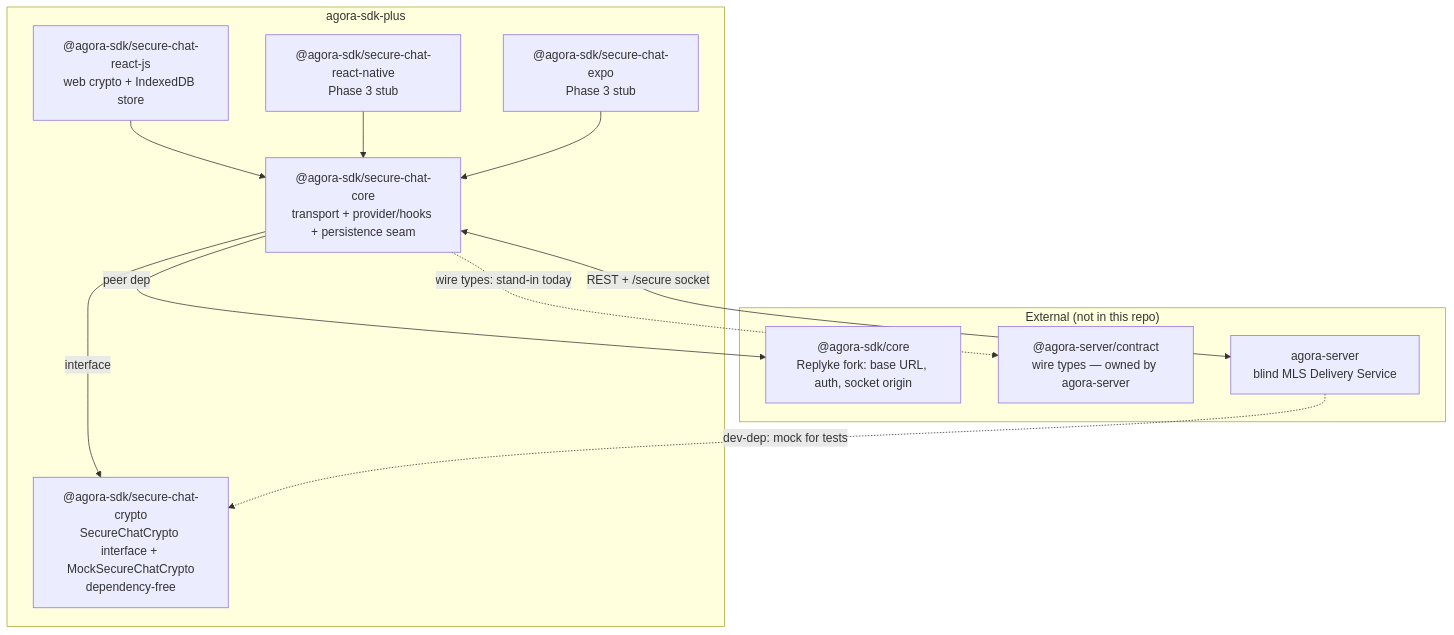
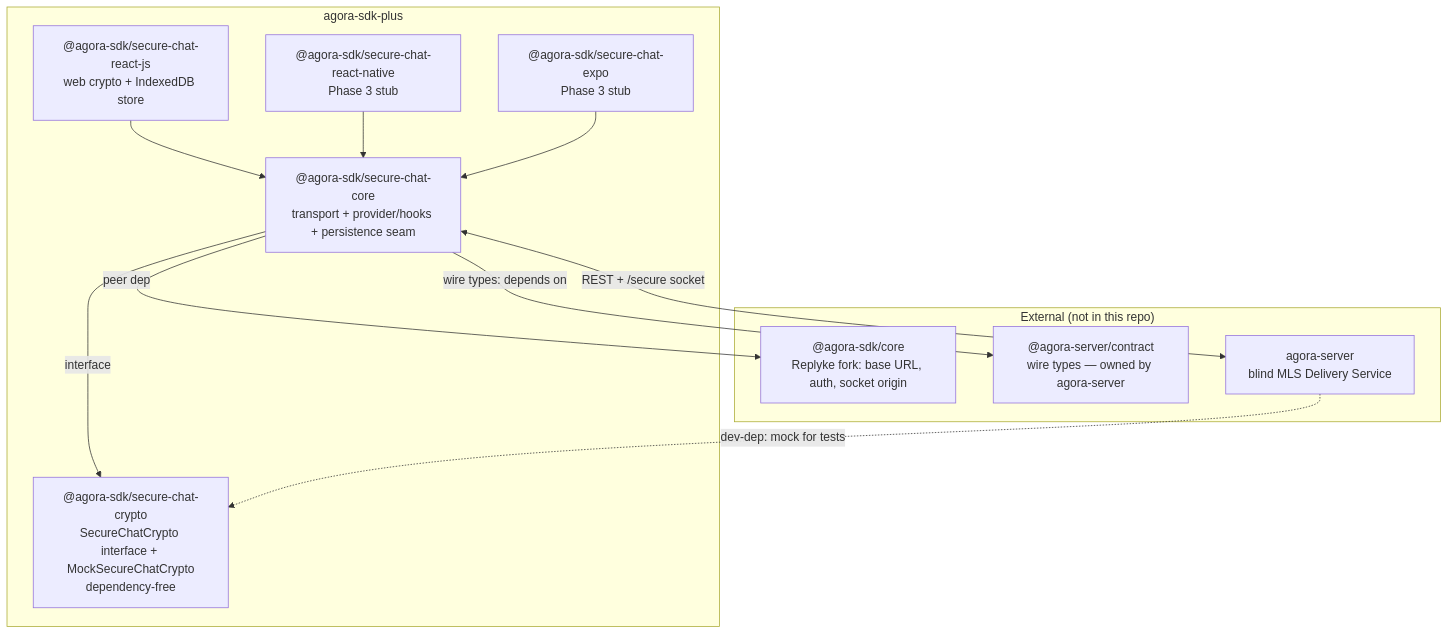
One commit to agora-oss-org/agora-sdk-plus changed the first of 5 diagrams in ARCHITECTURE.md. Above: the diagram before and after it, drawn with Mermaid. The commit also changed 7 other files, not shown here.

First line of the commit message:
feat(core): consume published @agora-server/contract for wire types

````diff
--- a/ARCHITECTURE.md
+++ b/ARCHITECTURE.md
@@ -21,25 +21,25 @@
 ```mermaid
 flowchart TD
   subgraph "External (not in this repo)"
     core_sdk["@agora-sdk/core<br/>Replyke fork: base URL, auth, socket origin"]
     contract["@agora-server/contract<br/>wire types — owned by agora-server"]
     server["agora-server<br/>blind MLS Delivery Service"]
   end
 
   subgraph "agora-sdk-plus"
     crypto["@agora-sdk/secure-chat-crypto<br/>SecureChatCrypto interface + MockSecureChatCrypto<br/>dependency-free"]
     coreP["@agora-sdk/secure-chat-core<br/>transport + provider/hooks + persistence seam"]
     webP["@agora-sdk/secure-chat-react-js<br/>web crypto + IndexedDB store"]
     rnP["@agora-sdk/secure-chat-react-native<br/>Phase 3 stub"]
     expoP["@agora-sdk/secure-chat-expo<br/>Phase 3 stub"]
   end
 
   coreP -->|interface| crypto
-  coreP -.->|wire types: stand-in today| contract
+  coreP -->|wire types: depends on| contract
   coreP -->|peer dep| core_sdk
   webP --> coreP
   rnP --> coreP
   expoP --> coreP
   server -.->|dev-dep: mock for tests| crypto
   coreP <-->|REST + /secure socket| server
 ```
````
